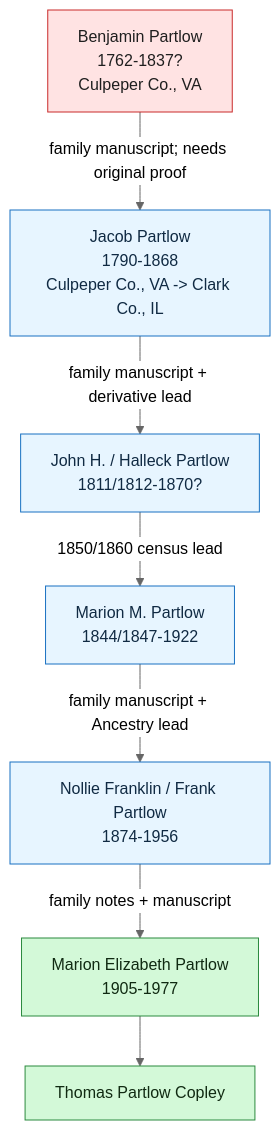
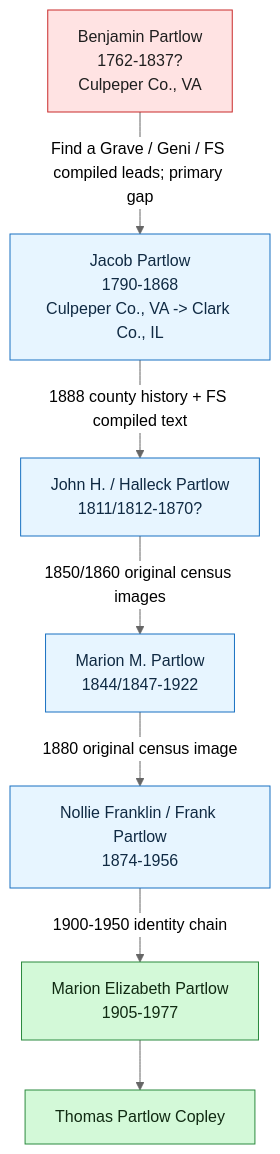
Before and after one commit to zcopley/copley-family-research: the diagram in People/Benjamin Partlow.md, drawn with Mermaid (neutral theme). The commit also changed other lines of this file and 12 other files, not shown here.

````diff
--- a/People/Benjamin Partlow.md
+++ b/People/Benjamin Partlow.md
@@ -51,25 +52,25 @@
 ```mermaid
 graph TD
     BP["Benjamin Partlow<br/>1762-1837?<br/>Culpeper Co., VA"]
     JP["Jacob Partlow<br/>1790-1868<br/>Culpeper Co., VA -> Clark Co., IL"]
     JH["John H. / Halleck Partlow<br/>1811/1812-1870?"]
     MM["Marion M. Partlow<br/>1844/1847-1922"]
     NF["Nollie Franklin / Frank Partlow<br/>1874-1956"]
     ME["Marion Elizabeth Partlow<br/>1905-1977"]
     TCP["Thomas Partlow Copley"]
 
-    BP -->|"family manuscript; needs original proof"| JP
-    JP -->|"family manuscript + derivative lead"| JH
-    JH -->|"1850/1860 census lead"| MM
-    MM -->|"family manuscript + Ancestry lead"| NF
-    NF -->|"family notes + manuscript"| ME
+    BP -->|"Find a Grave / Geni / FS compiled leads; primary gap"| JP
+    JP -->|"1888 county history + FS compiled text"| JH
+    JH -->|"1850/1860 original census images"| MM
+    MM -->|"1880 original census image"| NF
+    NF -->|"1900-1950 identity chain"| ME
     ME --> TCP
 
     class BP patriot
     class JP,JH,MM,NF lineage
     class ME,TCP descendant
 
     classDef patriot fill:#ffe3e3,stroke:#c92a2a,color:#1f1f1f;
     classDef lineage fill:#e7f5ff,stroke:#1971c2,color:#102a43;
     classDef descendant fill:#d3f9d8,stroke:#2b8a3e,color:#102a12;
 ```
````
